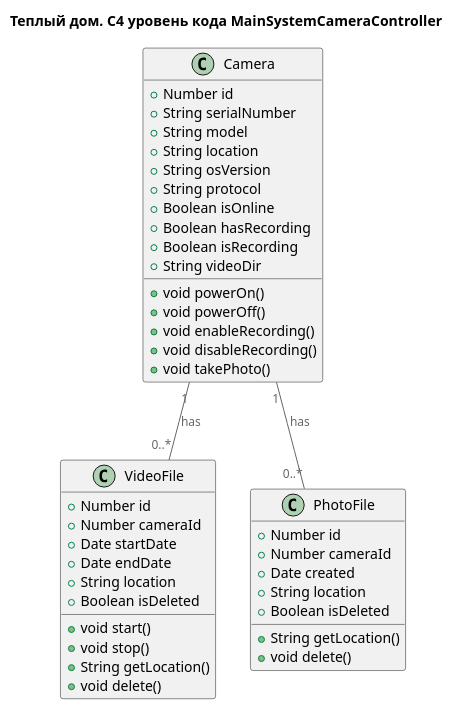
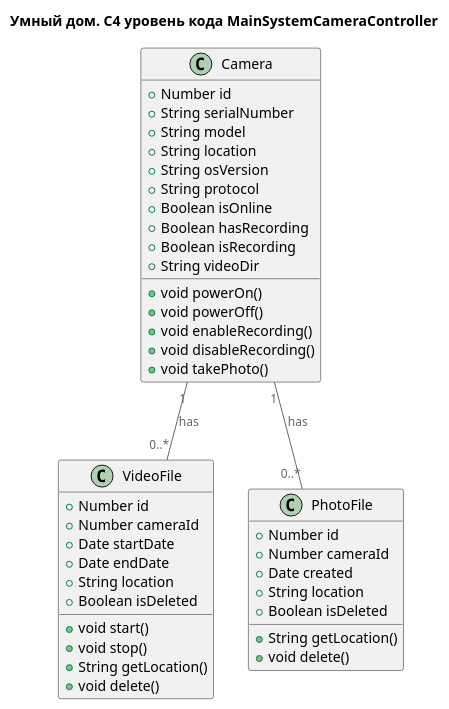
One commit to realjungleman/architecture-warmhouse changed the diagram in 2_task/c4_code.puml. Above: the diagram before and after it, drawn with PlantUML. The commit also changed 9 other files, not shown here.

Commit message:
Заменено теплый на умный

```diff
--- a/2_task/c4_code.puml
+++ b/2_task/c4_code.puml
@@ -1,52 +1,52 @@
 @startuml
-title Теплый дом. С4 уровень кода MainSystemCameraController
+title Умный дом. С4 уровень кода MainSystemCameraController
 
 top to bottom direction
 
 !includeurl https://raw.githubusercontent.com/RicardoNiepel/C4-PlantUML/master/C4_Component.puml
 
 class Camera {
   +Number id
   +String serialNumber
   +String model
   +String location
   +String osVersion
   +String protocol
   +Boolean isOnline
   +Boolean hasRecording
   +Boolean isRecording
   +String videoDir
   +void powerOn()
   +void powerOff()
   +void enableRecording()
   +void disableRecording()
   +void takePhoto()
 }
 
 class VideoFile {
   +Number id
   +Number cameraId
   +Date startDate
   +Date endDate
   +String location
   +Boolean isDeleted
   +void start()
   +void stop()
   +String getLocation()
   +void delete()
 }
 
 class PhotoFile {
   +Number id
   +Number cameraId
   +Date created
   +String location
   +Boolean isDeleted
   +String getLocation()
   +void delete()
 }
 
 Camera "1" -- "0..*" VideoFile : has
 Camera "1" -- "0..*" PhotoFile : has
 
 @enduml
```
